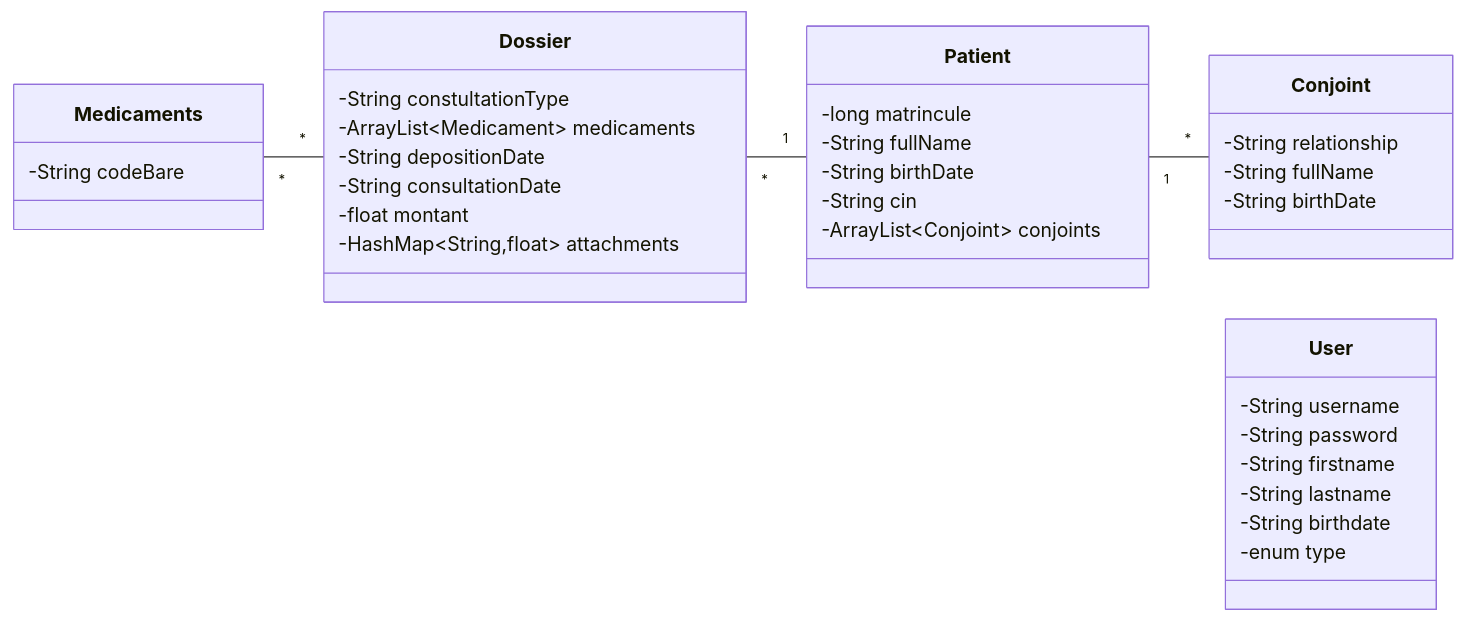
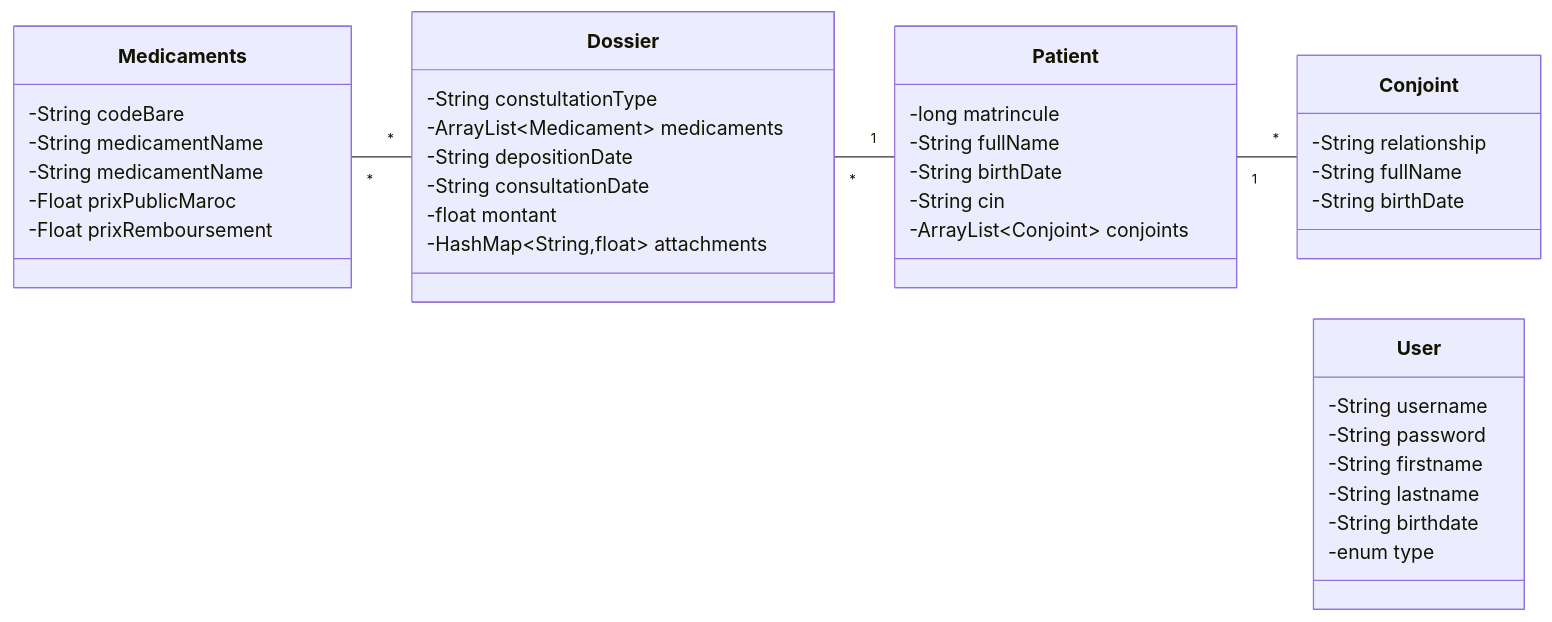
Before and after one commit to TahaLechgar/MaCNSS: the diagram in UML/class_diagram.mmd, drawn with Mermaid.

```diff
--- a/UML/class_diagram.mmd
+++ b/UML/class_diagram.mmd
@@ -1,43 +1,46 @@
 classDiagram 
 direction RL
 class Patient{
     -long matrincule
     -String fullName
     -String birthDate
     -String cin
     -ArrayList~Conjoint~ conjoints
 }
 
 class Conjoint{
     -String relationship
     -String fullName
     -String birthDate
 }
 
 class Dossier{
     -String constultationType
     -ArrayList~Medicament~ medicaments
     -String depositionDate
     -String consultationDate
     -float montant
     -HashMap~String,float~ attachments
 
 }
 
 class Medicaments{
     -String codeBare
-
+    -String medicamentName
+    -String medicamentName
+    -Float prixPublicMaroc
+    -Float prixRemboursement
 }
 
 class User{
     -String username
     -String password
     -String firstname
     -String lastname
     -String birthdate
     -enum type
 }
 
 Conjoint "*"--"1" Patient
 Patient "1"--"*"Dossier
 Dossier"*"--"*"Medicaments
```
